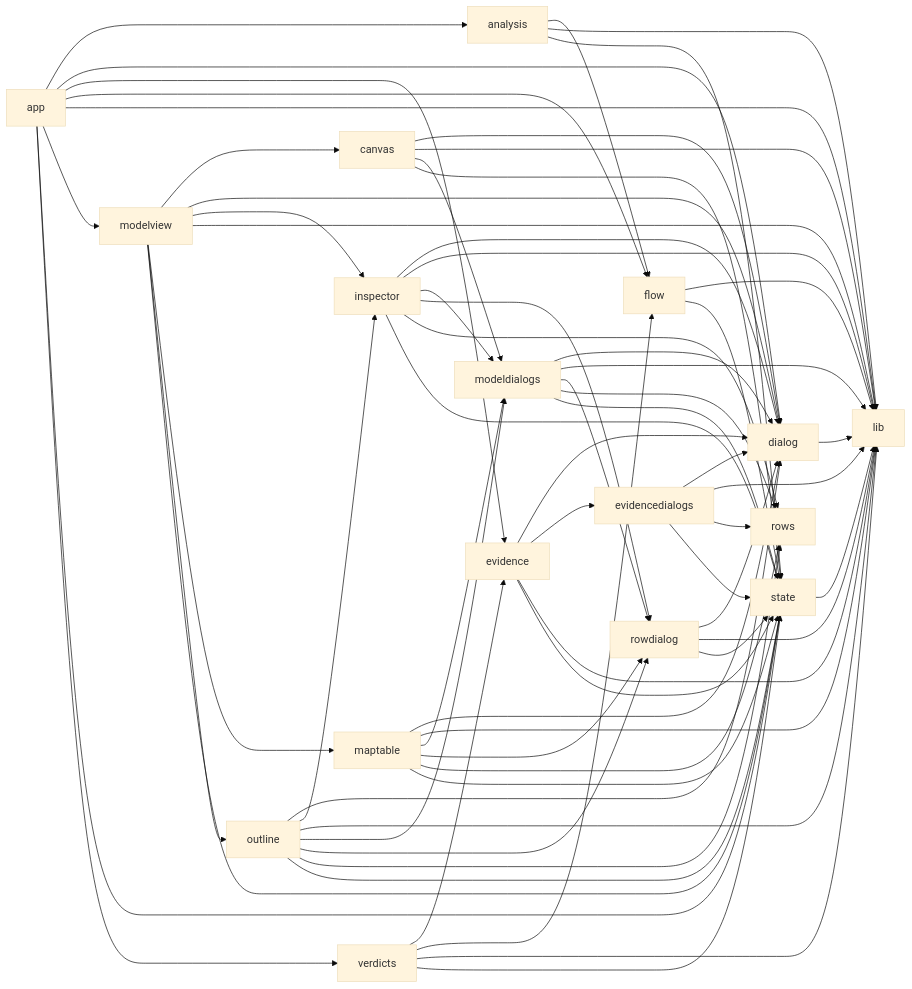
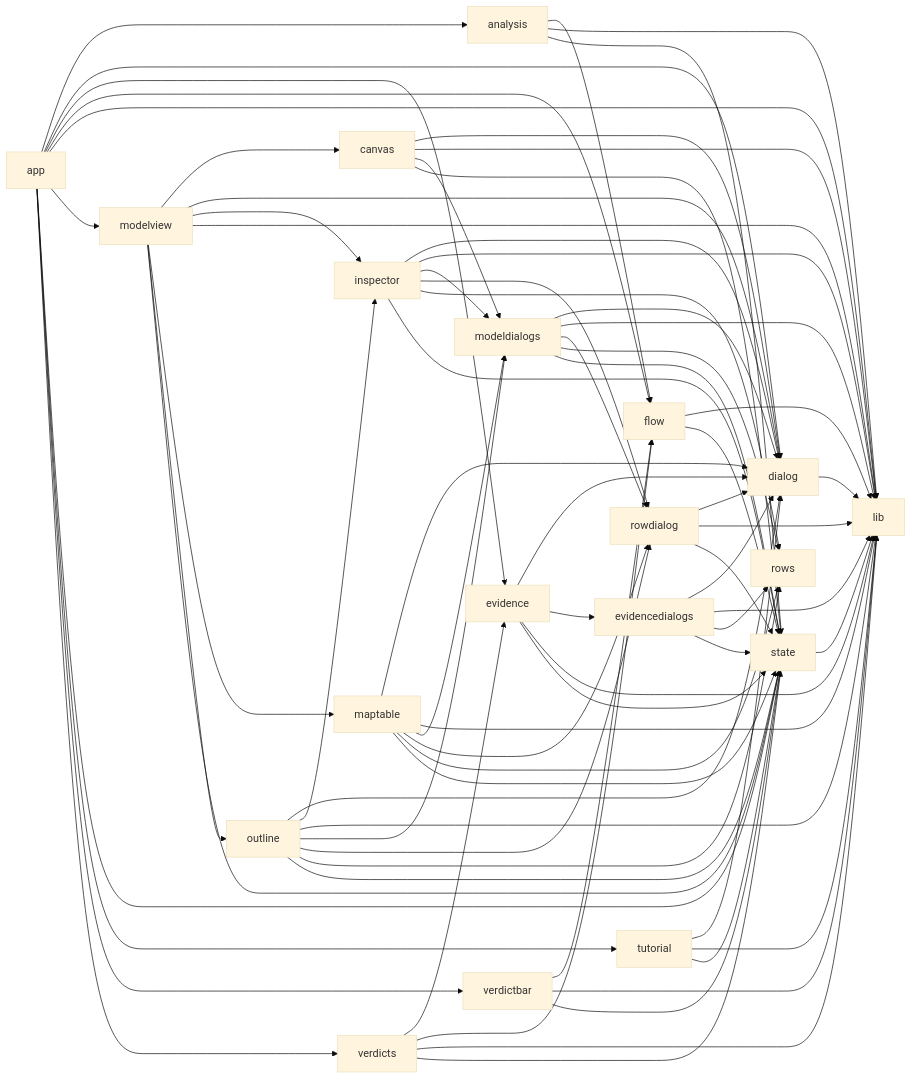
One commit to nmarci7/Bimodal-EPA changed the second of 2 diagrams in docs/dev/call-graph.md. Above: the diagram before and after it, drawn with Mermaid (base theme). The commit also changed 29 other files, not shown here.

````diff
--- a/docs/dev/call-graph.md
+++ b/docs/dev/call-graph.md
@@ -260,68 +260,76 @@
 ```mermaid
 flowchart LR
   analysis --> flow
   analysis --> lib
   analysis --> state
   app --> analysis
   app --> dialog
   app --> evidence
   app --> flow
   app --> lib
   app --> modelview
   app --> state
+  app --> tutorial
+  app --> verdictbar
   app --> verdicts
   canvas --> dialog
   canvas --> lib
   canvas --> modeldialogs
   canvas --> state
   dialog --> lib
   evidence --> dialog
   evidence --> evidencedialogs
   evidence --> lib
   evidence --> state
   evidencedialogs --> dialog
   evidencedialogs --> lib
   evidencedialogs --> rows
   evidencedialogs --> state
   flow --> lib
   flow --> state
   inspector --> dialog
   inspector --> lib
   inspector --> modeldialogs
   inspector --> rowdialog
   inspector --> rows
   inspector --> state
   maptable --> dialog
   maptable --> lib
   maptable --> modeldialogs
   maptable --> rowdialog
   maptable --> rows
   maptable --> state
   modeldialogs --> dialog
   modeldialogs --> lib
   modeldialogs --> rowdialog
   modeldialogs --> rows
   modeldialogs --> state
   modelview --> canvas
   modelview --> dialog
   modelview --> inspector
   modelview --> lib
   modelview --> maptable
   modelview --> outline
   modelview --> state
   outline --> dialog
   outline --> inspector
   outline --> lib
   outline --> modeldialogs
   outline --> rowdialog
   outline --> rows
   outline --> state
   rowdialog --> dialog
   rowdialog --> lib
   rowdialog --> state
   state --> lib
+  tutorial --> dialog
+  tutorial --> lib
+  tutorial --> state
+  verdictbar --> flow
+  verdictbar --> lib
+  verdictbar --> state
   verdicts --> evidence
   verdicts --> flow
   verdicts --> lib
   verdicts --> state
 ```
````
